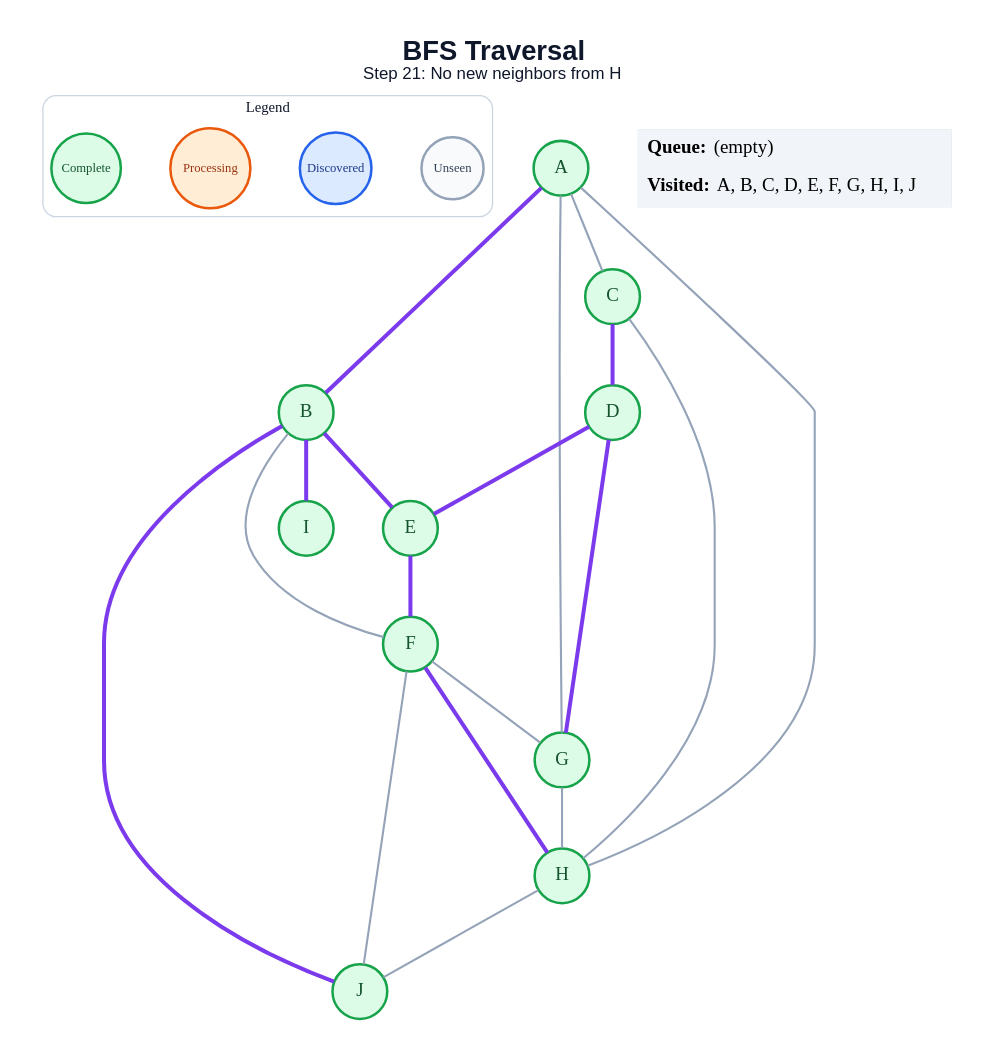
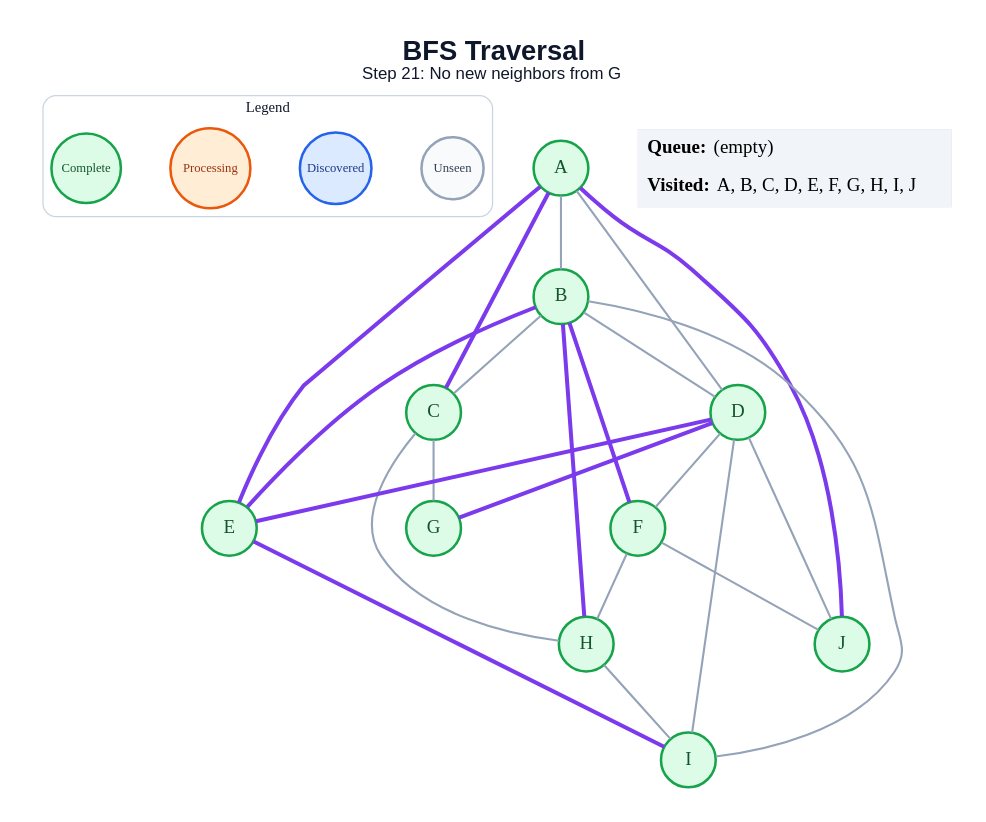
The diagram in generated/specific-node/bfs/step_21.dot (anon7238593-create/ai-slop), drawn with Graphviz before and after one commit. The commit also changed 178 other files, not shown here.

```diff
--- a/generated/specific-node/bfs/step_21.dot
+++ b/generated/specific-node/bfs/step_21.dot
@@ -1,47 +1,51 @@
 graph traversal {
   graph [layout=dot, rankdir=TB, bgcolor="#FFFFFF", pad="0.35", nodesep="0.65", ranksep="0.8", fontname="Arial"];
   node [shape=circle, style="filled", fontname="Arial Bold", fontsize=18, width=0.72, fixedsize=true, penwidth=2.4];
   edge [color="#94A3B8", penwidth=2.0];
-  label=<<B>BFS Traversal</B><BR/><FONT POINT-SIZE="16">Step 21: No new neighbors from H</FONT>>; labelloc="t"; fontsize=26; fontname="Arial"; fontcolor="#0F172A";
+  label=<<B>BFS Traversal</B><BR/><FONT POINT-SIZE="16">Step 21: No new neighbors from G</FONT>>; labelloc="t"; fontsize=26; fontname="Arial"; fontcolor="#0F172A";
   subgraph cluster_legend { label="Legend"; color="#CBD5E1"; penwidth=1.2; style="rounded"; fontsize=14; fontname="Arial Bold";
     key_unseen [label="Unseen", fillcolor="#F8FAFC", color="#94A3B8", fontcolor="#334155", fontsize=12, width=0.82];
     key_frontier [label="Discovered", fillcolor="#DBEAFE", color="#2563EB", fontcolor="#1E3A8A", fontsize=12, width=0.95];
     key_current [label="Processing", fillcolor="#FFEDD5", color="#EA580C", fontcolor="#9A3412", fontsize=12, width=1.05];
     key_done [label="Complete", fillcolor="#DCFCE7", color="#16A34A", fontcolor="#14532D", fontsize=12, width=0.92];
     { rank=same; key_unseen; key_frontier; key_current; key_done; }
   }
   A [fillcolor="#DCFCE7", color="#16A34A", fontcolor="#14532D"];
   B [fillcolor="#DCFCE7", color="#16A34A", fontcolor="#14532D"];
   C [fillcolor="#DCFCE7", color="#16A34A", fontcolor="#14532D"];
   D [fillcolor="#DCFCE7", color="#16A34A", fontcolor="#14532D"];
   E [fillcolor="#DCFCE7", color="#16A34A", fontcolor="#14532D"];
   F [fillcolor="#DCFCE7", color="#16A34A", fontcolor="#14532D"];
   G [fillcolor="#DCFCE7", color="#16A34A", fontcolor="#14532D"];
   H [fillcolor="#DCFCE7", color="#16A34A", fontcolor="#14532D"];
   I [fillcolor="#DCFCE7", color="#16A34A", fontcolor="#14532D"];
   J [fillcolor="#DCFCE7", color="#16A34A", fontcolor="#14532D"];
-  A -- B [color="#7C3AED", penwidth=3.8];
-  A -- C;
-  A -- G;
-  A -- H;
+  A -- B;
+  A -- C [color="#7C3AED", penwidth=3.8];
+  A -- D;
+  A -- E [color="#7C3AED", penwidth=3.8];
+  A -- J [color="#7C3AED", penwidth=3.8];
+  B -- C;
+  B -- D;
   B -- E [color="#7C3AED", penwidth=3.8];
-  B -- F;
-  B -- I [color="#7C3AED", penwidth=3.8];
-  B -- J [color="#7C3AED", penwidth=3.8];
-  C -- D [color="#7C3AED", penwidth=3.8];
+  B -- F [color="#7C3AED", penwidth=3.8];
+  B -- H [color="#7C3AED", penwidth=3.8];
+  B -- I;
+  C -- G;
   C -- H;
   D -- E [color="#7C3AED", penwidth=3.8];
+  D -- F;
   D -- G [color="#7C3AED", penwidth=3.8];
-  E -- F [color="#7C3AED", penwidth=3.8];
-  F -- G;
-  F -- H [color="#7C3AED", penwidth=3.8];
+  D -- I;
+  D -- J;
+  E -- I [color="#7C3AED", penwidth=3.8];
+  F -- H;
   F -- J;
-  G -- H;
-  H -- J;
+  H -- I;
   status [shape=plain, fixedsize=false, width=0, height=0, margin=0, label=<
     <TABLE BORDER="0" CELLBORDER="0" CELLPADDING="7" BGCOLOR="#F1F5F9">
       <TR><TD ALIGN="LEFT"><B>Queue:</B> (empty)</TD></TR>
       <TR><TD ALIGN="LEFT"><B>Visited:</B> A, B, C, D, E, F, G, H, I, J</TD></TR>
     </TABLE>
   >];
 }
```
